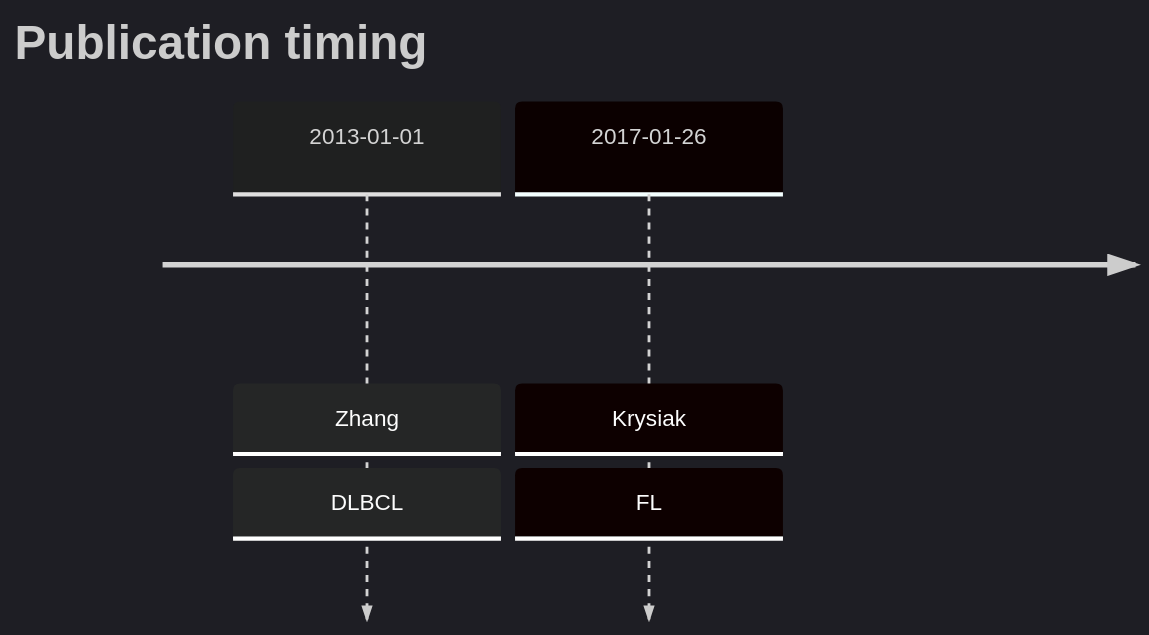
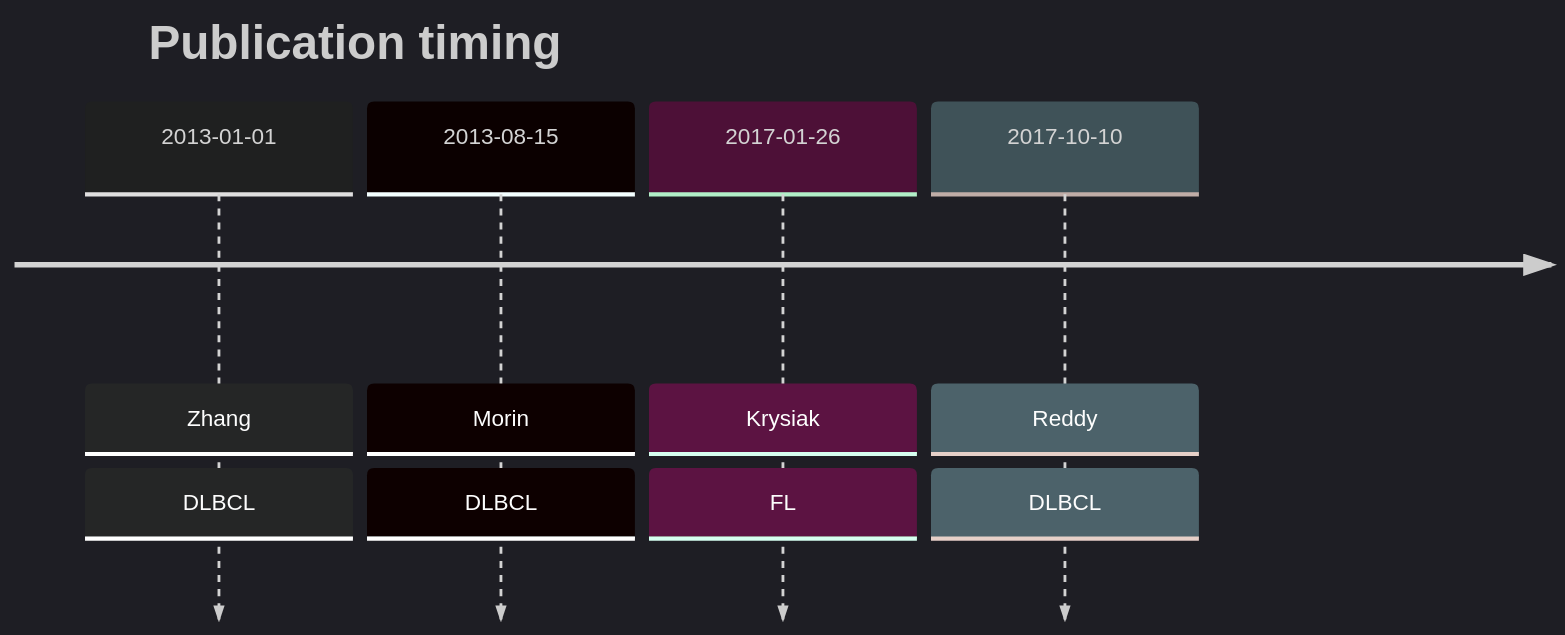
The diagram in ZNF608.md (morinlab/lymphopedia), drawn with Mermaid before and after one commit.

````diff
--- a/ZNF608.md
+++ b/ZNF608.md
@@ -9,7 +9,9 @@
 ```mermaid
 %%{init: { 'logLevel': 'debug', 'theme': 'dark' } }%%
 timeline
     title Publication timing
       2013-01-01 : Zhang : DLBCL
+      2013-08-15 : Morin : DLBCL
       2017-01-26 : Krysiak : FL
+      2017-10-10 : Reddy : DLBCL
 ```
````
